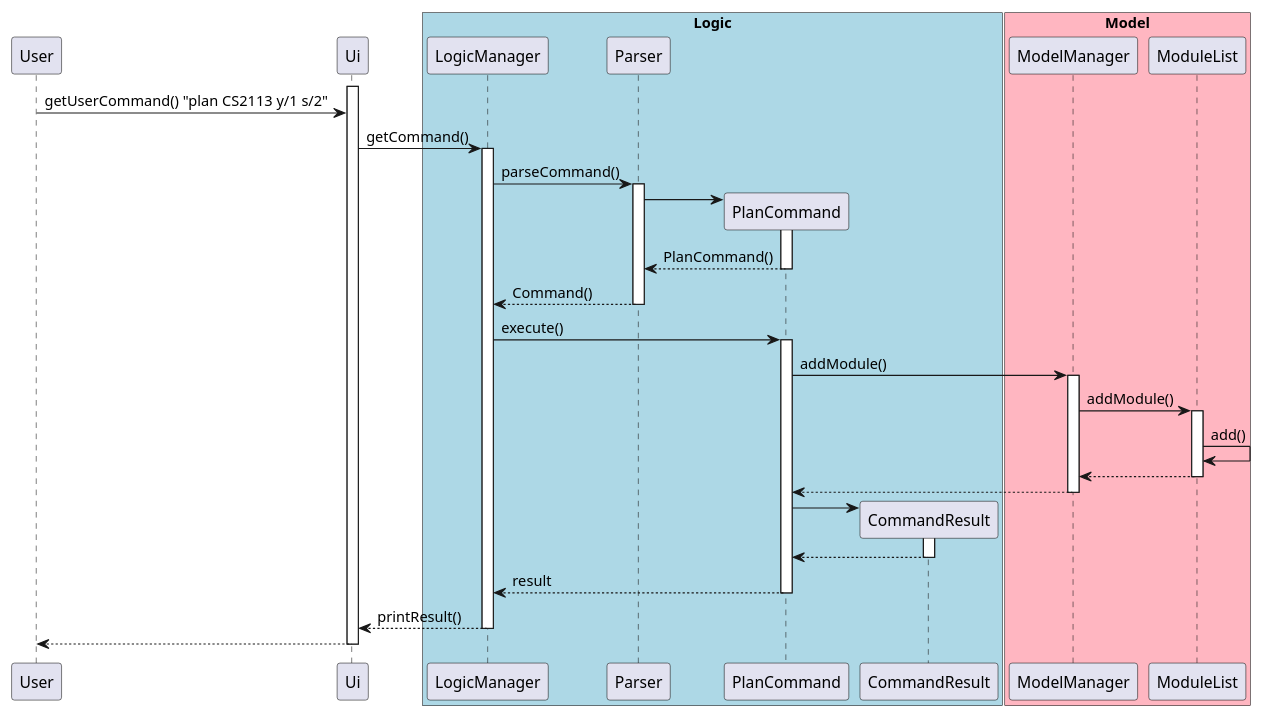
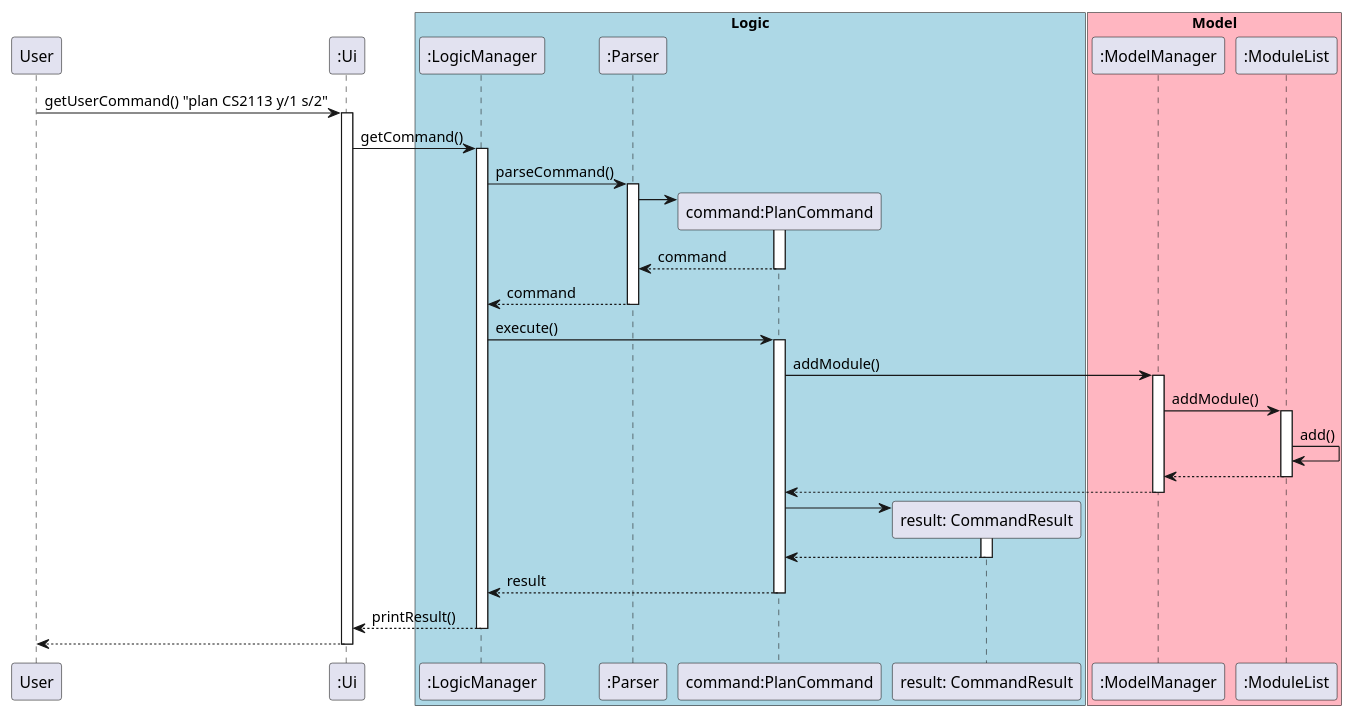
Before and after one commit to sriram-senthilkr/tp: the diagram in docs/uml/sourcecode/AddModSequence.puml, drawn with PlantUML. The commit also changed 20 other files, not shown here.

Commit message:
Fix diagrams 1

```diff
--- a/docs/uml/sourcecode/AddModSequence.puml
+++ b/docs/uml/sourcecode/AddModSequence.puml
@@ -1,63 +1,75 @@
 @startuml
 participant User
+participant ":Ui" as Ui
 
+box "Logic" #LightBlue
+participant ":LogicManager" as LogicManager
+participant ":Parser" as Parser
+participant "command:PlanCommand" as PlanCommand
+participant "result: CommandResult" as CommandResult
+end box
+
+box "Model" #LightPink
+participant ":ModelManager" as ModelManager
+participant ":ModuleList" as ModuleList
+end box
+
+
+User -> Ui: getUserCommand() "plan CS2113 y/1 s/2"
 activate Ui
-User -> Ui: getUserCommand() "plan CS2113 y/1 s/2"
-box "Logic" #LightBlue
 Ui -> LogicManager: getCommand()
 activate LogicManager
 
 
 LogicManager -> Parser: parseCommand()
 activate Parser
 
 
 create PlanCommand
 Parser -> PlanCommand
 activate PlanCommand
 
-PlanCommand --> Parser: PlanCommand()
+PlanCommand --> Parser: command
 deactivate PlanCommand
 
 
-Parser --> LogicManager: Command()
+Parser --> LogicManager: command
 deactivate Parser
 
 
 LogicManager -> PlanCommand: execute()
 activate PlanCommand
-participant CommandResult
-end box
+
     
-box "Model" #LightPink
+
 PlanCommand -> ModelManager: addModule()
 activate ModelManager
 
 ModelManager -> ModuleList: addModule()
 activate ModuleList
 
 ModuleList -> ModuleList: add()
 
 ModuleList --> ModelManager: 
 deactivate ModuleList
 
 ModelManager --> PlanCommand
 deactivate ModelManager
 
 create CommandResult
 PlanCommand -> CommandResult
 activate CommandResult
 CommandResult --> PlanCommand
 deactivate CommandResult
 
 
 PlanCommand --> LogicManager: result
 deactivate PlanCommand
 
 LogicManager --> Ui: printResult()
 deactivate LogicManager
 
 Ui --> User
 deactivate Ui
 
 @enduml
```
